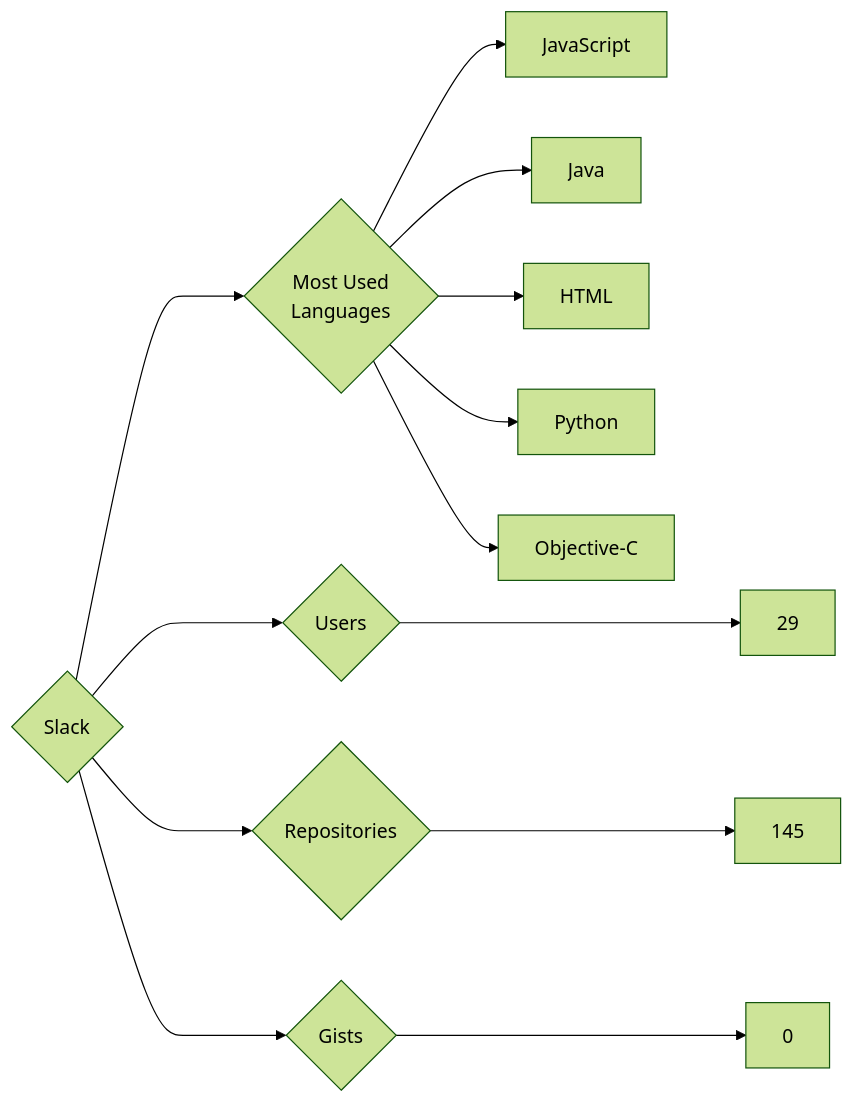
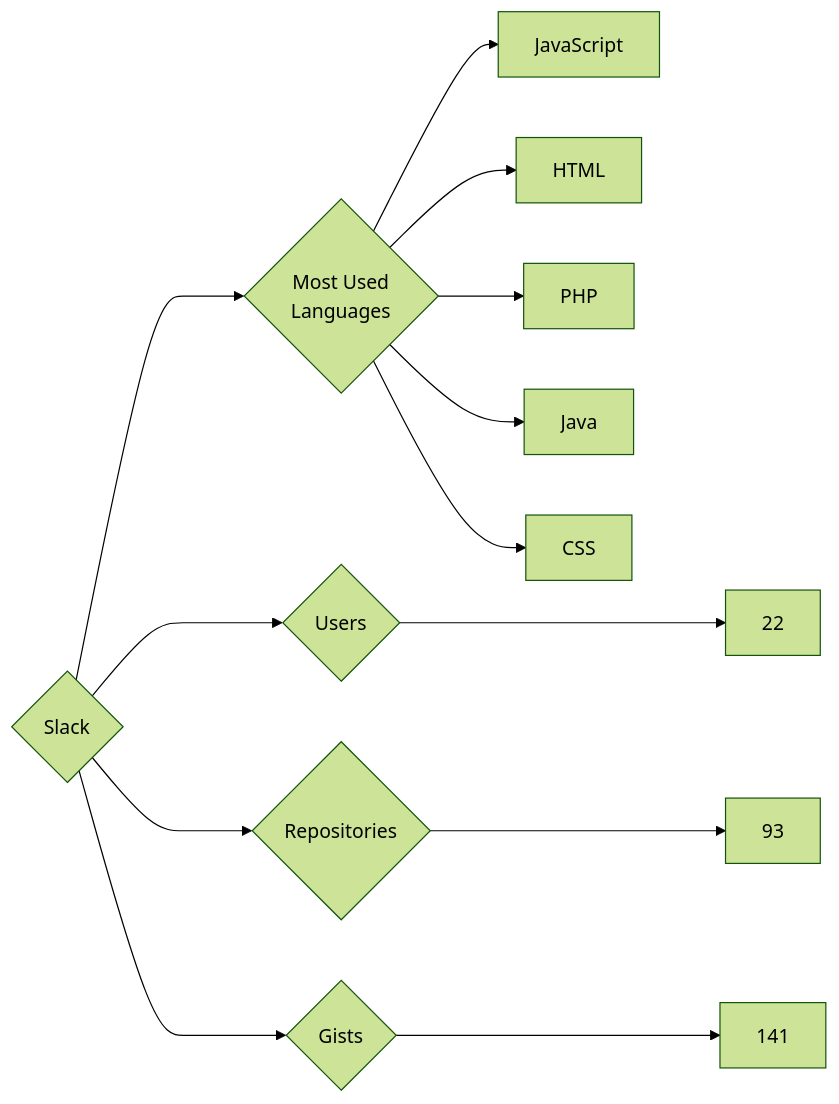
One commit to trickest/insiders changed the diagram in targets/Slack/README.md. Above: the diagram before and after it, drawn with Mermaid (forest theme). The commit also changed 997 other files, not shown here.

````diff
--- a/targets/Slack/README.md
+++ b/targets/Slack/README.md
@@ -3,13 +3,13 @@
 ```mermaid
 graph LR
 COMPANY_NAME{Slack}
-COMPANY_NAME ---> U{Users} ---> UN[29]
-COMPANY_NAME ---> R{Repositories} ---> RN[145]
-COMPANY_NAME ---> G{Gists} ---> GN[0]
+COMPANY_NAME ---> U{Users} ---> UN[22]
+COMPANY_NAME ---> R{Repositories} ---> RN[93]
+COMPANY_NAME ---> G{Gists} ---> GN[141]
 COMPANY_NAME ---> ML{Most Used<br>Languages}
-ML --> JavaScript
-ML --> Java
-ML --> HTML
-ML --> Python
-ML --> Objective-C
+ML --> JavaScript[JavaScript]
+ML --> HTML[HTML]
+ML --> PHP[PHP]
+ML --> Java[Java]
+ML --> CSS[CSS]
 ```
````
